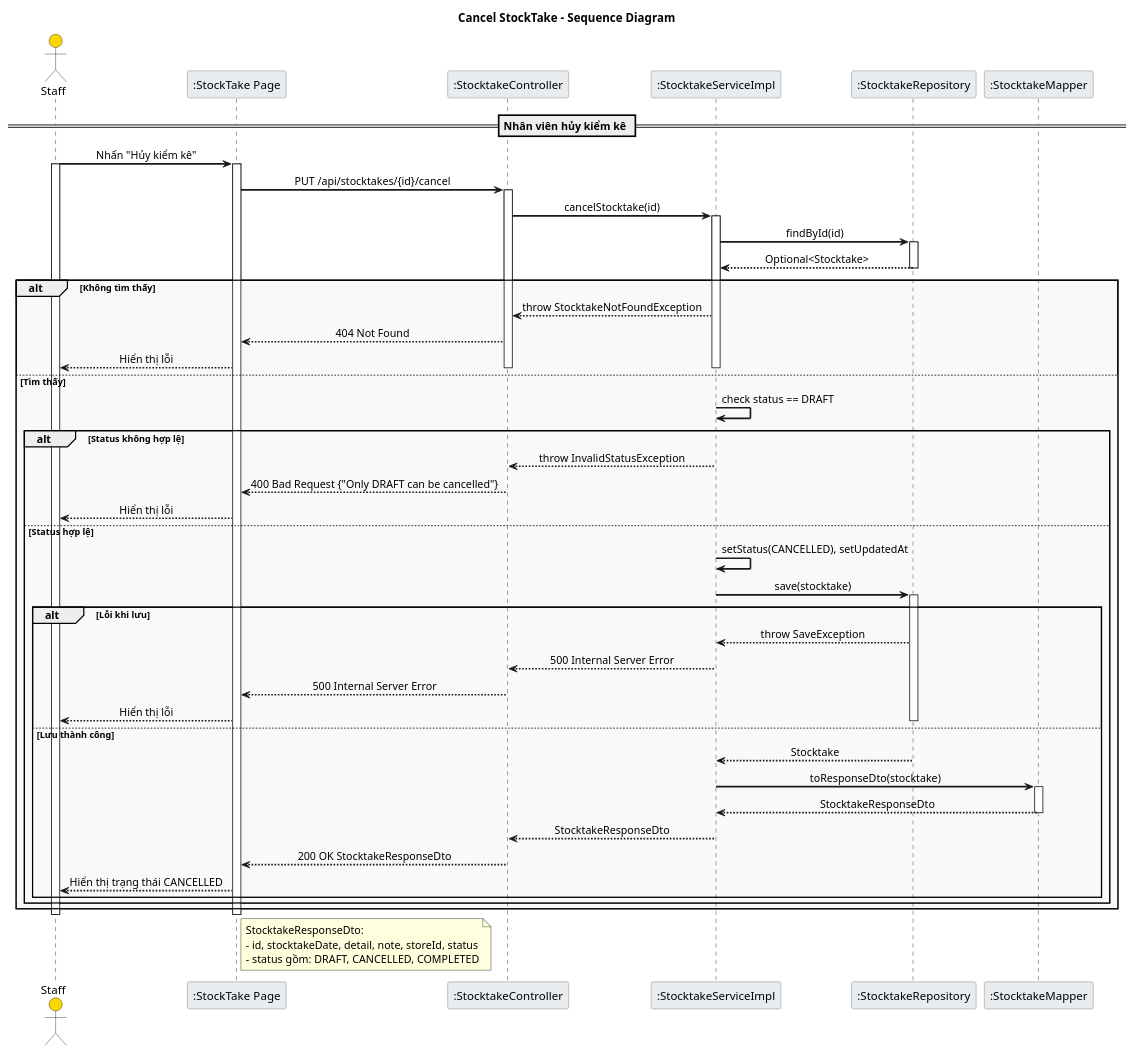
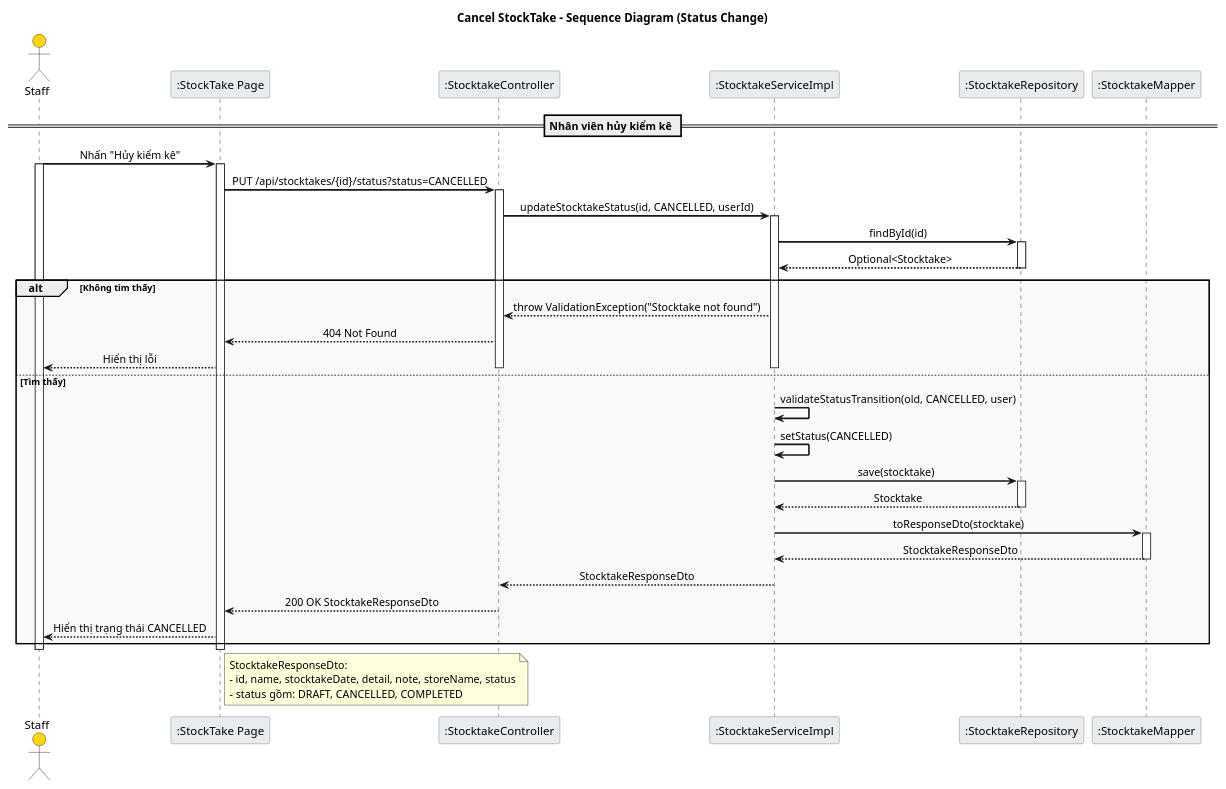
Before and after one commit to LamVNT/Farmovo: the diagram in Stocktake_Cancel_Sequence.puml, drawn with PlantUML. The commit also changed 11 other files, not shown here.

```diff
--- a/Stocktake_Cancel_Sequence.puml
+++ b/Stocktake_Cancel_Sequence.puml
@@ -1,92 +1,73 @@
 @startuml Stocktake_Cancel_Sequence
 
 skinparam backgroundColor white
 skinparam sequenceArrowThickness 2
 skinparam sequenceMessageAlign center
 skinparam sequenceGroupBodyBackgroundColor #F8F9FA
 skinparam sequenceParticipantBorderColor #6C757D
 skinparam sequenceParticipantBackgroundColor #E9ECEF
 skinparam sequenceLifeLineStroke dash
 skinparam actorBackgroundColor #FFD700
 
-title Cancel StockTake - Sequence Diagram
+title Cancel StockTake - Sequence Diagram (Status Change)
 
 actor Staff
 participant ":StockTake Page" as UI
 participant ":StocktakeController" as Controller
 participant ":StocktakeServiceImpl" as Service
 participant ":StocktakeRepository" as StocktakeRepo
 participant ":StocktakeMapper" as Mapper
 
 == Nhân viên hủy kiểm kê ==
 Staff -> UI: Nhấn "Hủy kiểm kê"
 activate Staff
 activate UI
 
-UI -> Controller: PUT /api/stocktakes/{id}/cancel
+UI -> Controller: PUT /api/stocktakes/{id}/status?status=CANCELLED
 activate Controller
-Controller -> Service: cancelStocktake(id)
+Controller -> Service: updateStocktakeStatus(id, CANCELLED, userId)
 activate Service
 
 Service -> StocktakeRepo: findById(id)
 activate StocktakeRepo
 StocktakeRepo --> Service: Optional<Stocktake>
 deactivate StocktakeRepo
 
 alt Không tìm thấy
-    Service --> Controller: throw StocktakeNotFoundException
+    Service --> Controller: throw ValidationException("Stocktake not found")
     Controller --> UI: 404 Not Found
     UI --> Staff: Hiển thị lỗi
     deactivate Service
     deactivate Controller
 else Tìm thấy
-    Service -> Service: check status == DRAFT
+    Service -> Service: validateStatusTransition(old, CANCELLED, user)
+    Service -> Service: setStatus(CANCELLED)
+    Service -> StocktakeRepo: save(stocktake)
+    activate StocktakeRepo
+    StocktakeRepo --> Service: Stocktake
+    deactivate StocktakeRepo
 
-    alt Status không hợp lệ
-        Service --> Controller: throw InvalidStatusException
-        Controller --> UI: 400 Bad Request {"Only DRAFT can be cancelled"}
-        UI --> Staff: Hiển thị lỗi
-        deactivate Service
-        deactivate Controller
-    else Status hợp lệ
-        Service -> Service: setStatus(CANCELLED), setUpdatedAt
-        Service -> StocktakeRepo: save(stocktake)
-        activate StocktakeRepo
+    Service -> Mapper: toResponseDto(stocktake)
+    activate Mapper
+    Mapper --> Service: StocktakeResponseDto
+    deactivate Mapper
 
-        alt Lỗi khi lưu
-            StocktakeRepo --> Service: throw SaveException
-            Service --> Controller: 500 Internal Server Error
-            Controller --> UI: 500 Internal Server Error
-            UI --> Staff: Hiển thị lỗi
-            deactivate StocktakeRepo
-            deactivate Service
-            deactivate Controller
-        else Lưu thành công
-            StocktakeRepo --> Service: Stocktake
-            deactivate StocktakeRepo
+    Service --> Controller: StocktakeResponseDto
+    deactivate Service
 
-            Service -> Mapper: toResponseDto(stocktake)
-            activate Mapper
-            Mapper --> Service: StocktakeResponseDto
-            deactivate Mapper
+    Controller --> UI: 200 OK StocktakeResponseDto
+    UI --> Staff: Hiển thị trạng thái CANCELLED
+    deactivate Controller
+end
 
-            Service --> Controller: StocktakeResponseDto
-            deactivate Service
-
-            Controller --> UI: 200 OK StocktakeResponseDto
-            UI --> Staff: Hiển thị trạng thái CANCELLED
-            deactivate Controller
-        end
-    end
-end
 
 deactivate UI
 deactivate Staff
 
 note right of UI
 StocktakeResponseDto:
-- id, stocktakeDate, detail, note, storeId, status
+- id, name, stocktakeDate, detail, note, storeName, status
 - status gồm: DRAFT, CANCELLED, COMPLETED
 end note
 
 @enduml
```
